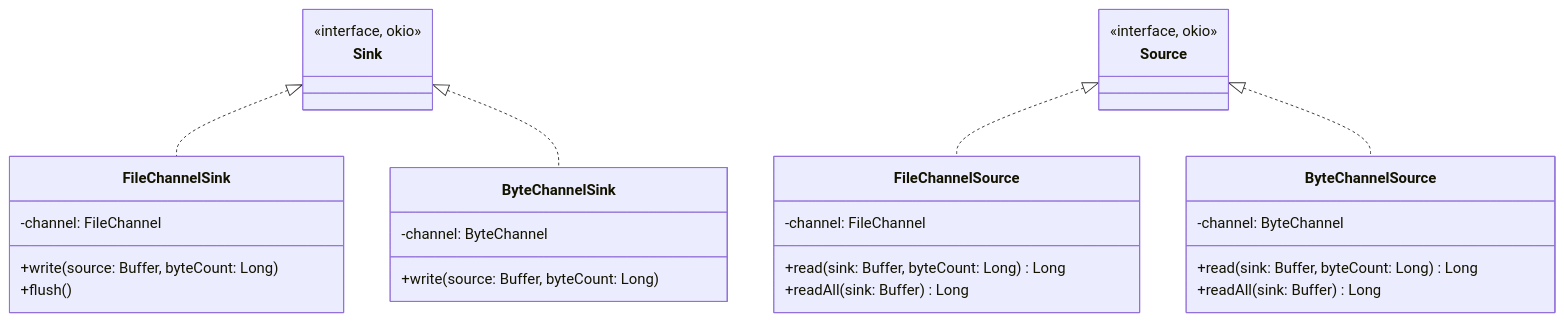
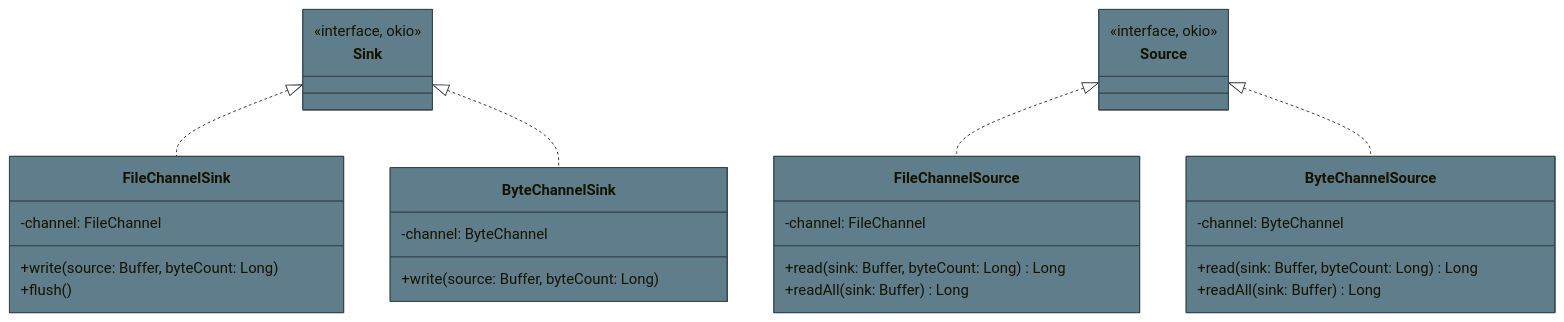
Before and after one commit to bluetape4k/bluetape4k-projects: the second of 9 diagrams in io/okio/README.md, drawn with Mermaid. The commit also changed other lines of this file and 74 other files, not shown here.

First line of the commit message:
docs: bluetape4k/core/coroutines/logging, io/feign~vertx README 색상 Mermaid UML 추가

````diff
--- a/io/okio/README.md
+++ b/io/okio/README.md
@@ -360,37 +366,40 @@
 ```mermaid
 classDiagram
-    class Sink {
+    class Sink:::ioStyle {
         <<interface, okio>>
     }
-    class Source {
+    class Source:::ioStyle {
         <<interface, okio>>
     }
 
-    class FileChannelSink {
+    class FileChannelSink:::ioStyle {
         -channel: FileChannel
         +write(source: Buffer, byteCount: Long)
         +flush()
     }
 
-    class FileChannelSource {
+    class FileChannelSource:::ioStyle {
         -channel: FileChannel
         +read(sink: Buffer, byteCount: Long) Long
         +readAll(sink: Buffer) Long
     }
 
-    class ByteChannelSink {
+    class ByteChannelSink:::ioStyle {
         -channel: ByteChannel
         +write(source: Buffer, byteCount: Long)
     }
 
-    class ByteChannelSource {
+    class ByteChannelSource:::ioStyle {
         -channel: ByteChannel
         +read(sink: Buffer, byteCount: Long) Long
         +readAll(sink: Buffer) Long
     }
 
     Sink <|.. FileChannelSink
     Sink <|.. ByteChannelSink
     Source <|.. FileChannelSource
     Source <|.. ByteChannelSource
+
+    classDef ioStyle fill:#607D8B,stroke:#37474F
+    classDef codecStyle fill:#2196F3,stroke:#1565C0
 ```
````
